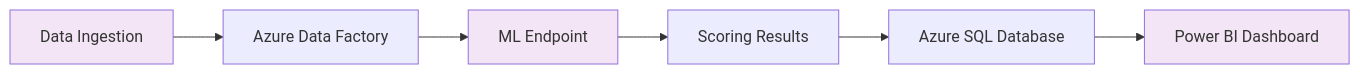
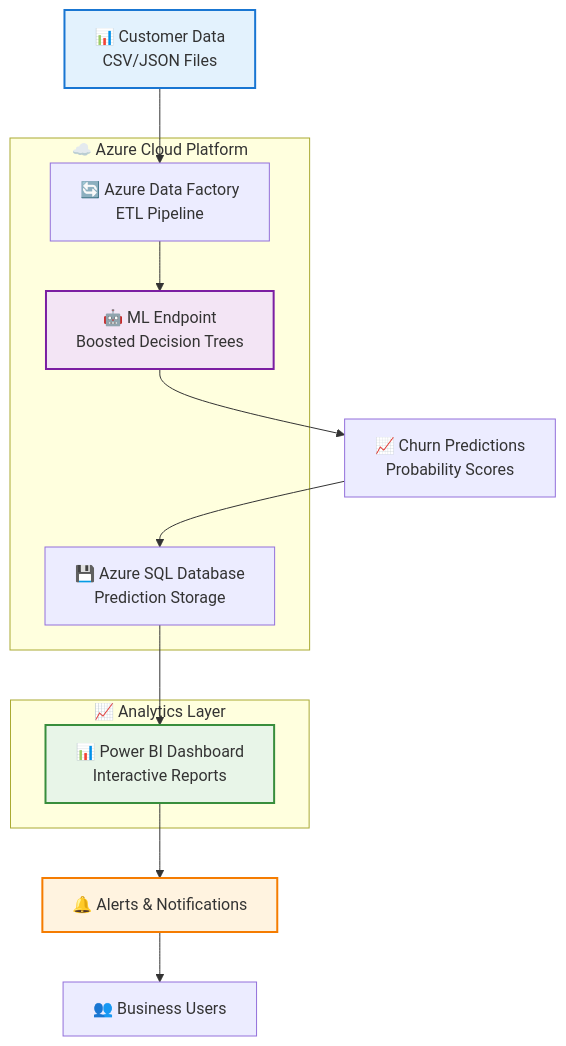
The diagram in readme.md (ganesh447/customer-churn-prediction), drawn with Mermaid before and after one commit. The commit also changed other lines of this file, not shown here.

````diff
--- a/readme.md
+++ b/readme.md
@@ -57,12 +78,26 @@
 ```mermaid
-graph LR
-    A[Data Ingestion] --> B[Azure Data Factory]
-    B --> C[ML Endpoint]
-    C --> D[Scoring Results]
-    D --> E[Azure SQL Database]
-    E --> F[Power BI Dashboard]
+flowchart TD
+    A[📊 Customer Data<br/>CSV/JSON Files] --> B[🔄 Azure Data Factory<br/>ETL Pipeline]
+    B --> C[🤖 ML Endpoint<br/>Boosted Decision Trees]
+    C --> D[📈 Churn Predictions<br/>Probability Scores]
+    D --> E[💾 Azure SQL Database<br/>Prediction Storage]
+    E --> F[📊 Power BI Dashboard<br/>Interactive Reports]
     
-    style A fill:#f3e5f5
-    style C fill:#f3e5f5
-    style F fill:#f3e5f5
+    subgraph "☁️ Azure Cloud Platform"
+        B
+        C
+        E
+    end
+    
+    subgraph "📈 Analytics Layer"
+        F
+    end
+    
+    G[🔔 Alerts & Notifications] --> H[👥 Business Users]
+    F --> G
+    
+    style A fill:#e3f2fd,stroke:#1976d2,stroke-width:2px
+    style C fill:#f3e5f5,stroke:#7b1fa2,stroke-width:2px
+    style F fill:#e8f5e8,stroke:#388e3c,stroke-width:2px
+    style G fill:#fff3e0,stroke:#f57c00,stroke-width:2px
 ```
````
